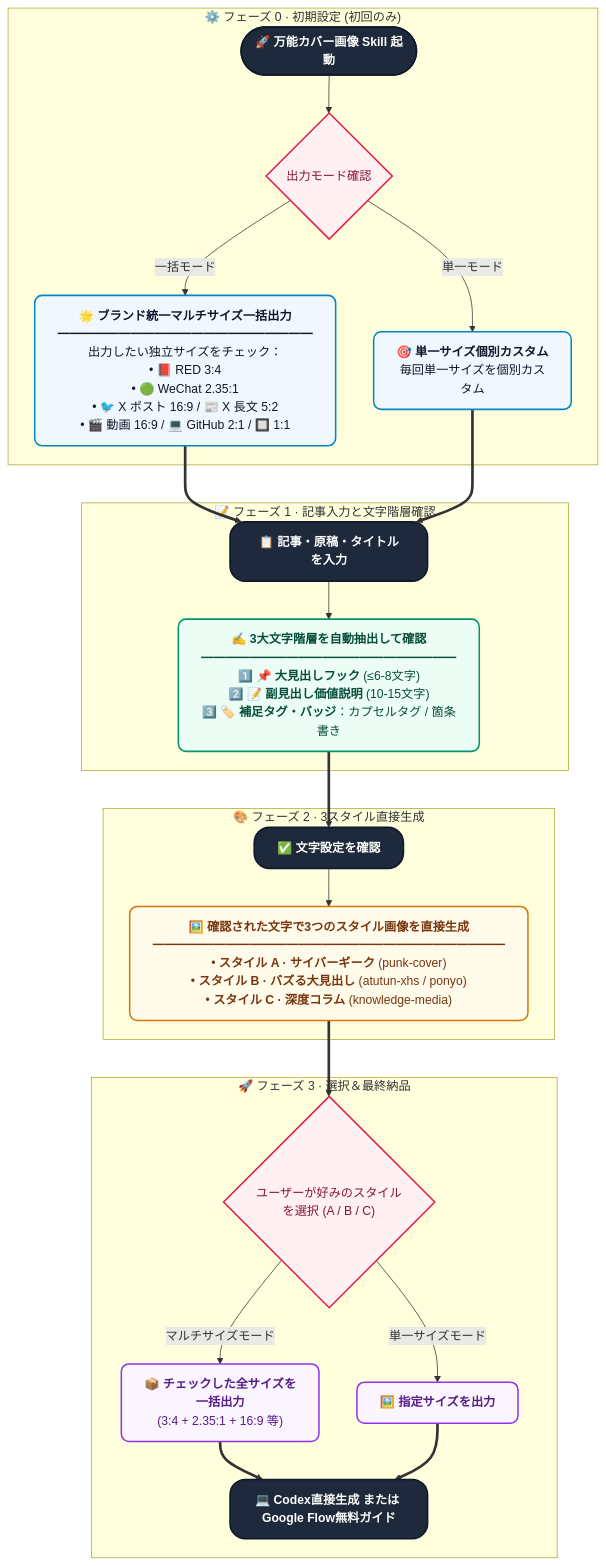
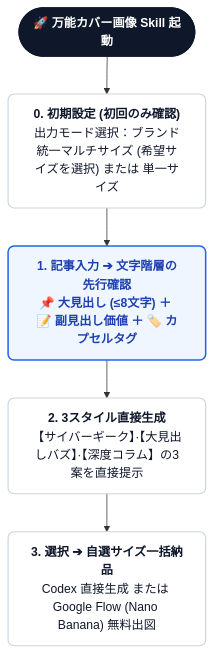
Before and after one commit to kaomei/cover-studio: the first of 2 diagrams in README.ja.md, drawn with Mermaid. The commit also changed other lines of this file and 7 other files, not shown here.

Commit message:
refactor(docs): streamline interaction workflow diagram into a clean, minimalist 4-step linear pipeline with zero visual noise

````diff
--- a/README.ja.md
+++ b/README.ja.md
@@ -39,48 +39,13 @@
 ```mermaid
 flowchart TD
-    classDef setupBox fill:#f0f7ff,stroke:#0284c7,stroke-width:2px,color:#0f172a,rx:10px,ry:10px;
-    classDef textBox fill:#ecfdf5,stroke:#059669,stroke-width:2px,color:#064e3b,rx:10px,ry:10px;
-    classDef genBox fill:#fffbeb,stroke:#d97706,stroke-width:2px,color:#78350f,rx:10px,ry:10px;
-    classDef deliverBox fill:#faf5ff,stroke:#9333ea,stroke-width:2px,color:#581c87,rx:10px,ry:10px;
-    classDef decision fill:#fff1f2,stroke:#e11d48,stroke-width:2px,color:#881337,rx:6px,ry:6px;
-    classDef action fill:#1e293b,stroke:#0f172a,stroke-width:2px,color:#ffffff,font-weight:bold,rx:20px,ry:20px;
+    classDef default fill:#ffffff,stroke:#e2e8f0,stroke-width:1.5px,color:#1e293b,rx:8px,ry:8px;
+    classDef startNode fill:#0f172a,stroke:#0f172a,stroke-width:2px,color:#ffffff,font-weight:bold,rx:20px,ry:20px;
+    classDef stepNode fill:#ffffff,stroke:#cbd5e1,stroke-width:1.5px,color:#0f172a,rx:8px,ry:8px;
+    classDef highlightNode fill:#eff6ff,stroke:#2563eb,stroke-width:2px,color:#1e40af,font-weight:bold,rx:8px,ry:8px;
 
-    subgraph S0 ["⚙️ フェーズ 0 · 初期設定 (初回のみ)"]
-        A0(["🚀 万能カバー画像 Skill 起動"]):::action
-        A1{"出力モード確認"}:::decision
-        A2["🌟 <b>ブランド統一マルチサイズ一括出力</b><br/>━━━━━━━━━━━━━━━━━━━━━<br/>出力したい独立サイズをチェック：<br/>• 📕 RED 3:4<br/>• 🟢 WeChat 2.35:1<br/>• 🐦 X ポスト 16:9 / 📰 X 長文 5:2<br/>• 🎬 動画 16:9 / 💻 GitHub 2:1 / 🔲 1:1"]:::setupBox
-        A3["🎯 <b>単一サイズ個別カスタム</b><br/>毎回単一サイズを個別カスタム"]:::setupBox
-        A0 --> A1
-        A1 -->|"一括モード"| A2
-        A1 -->|"単一モード"| A3
-    end
-
-    subgraph S1 ["📝 フェーズ 1 · 記事入力と文字階層確認"]
-        B0["📋 記事・原稿・タイトルを入力"]:::action
-        B1["✍️ <b>3大文字階層を自動抽出して確認</b><br/>━━━━━━━━━━━━━━━━━━━━━<br/>1️⃣ 📌 <b>大見出しフック</b> (≤6-8文字)<br/>2️⃣ 📝 <b>副見出し価値説明</b> (10-15文字)<br/>3️⃣ 🏷️ <b>補足タグ・バッジ</b>：カプセルタグ / 箇条書き"]:::textBox
-        B0 --> B1
-    end
-
-    subgraph S2 ["🎨 フェーズ 2 · 3スタイル直接生成"]
-        C0["✅ 文字設定を確認"]:::action
-        C1["🖼️ <b>確認された文字で3つのスタイル画像を直接生成</b><br/>━━━━━━━━━━━━━━━━━━━━━━━━━━━━━<br/>• <b>スタイル A · サイバーギーク</b> (punk-cover)<br/>• <b>スタイル B · バズる大見出し</b> (atutun-xhs / ponyo)<br/>• <b>スタイル C · 深度コラム</b> (knowledge-media)"]:::genBox
-        C0 --> C1
-    end
-
-    subgraph S3 ["🚀 フェーズ 3 · 選択＆最終納品"]
-        D0{"ユーザーが好みのスタイルを選択 (A / B / C)"}:::decision
-        D1["📦 <b>チェックした全サイズを一括出力</b><br/>(3:4 + 2.35:1 + 16:9 等)"]:::deliverBox
-        D2["🖼️ <b>指定サイズを出力</b>"]:::deliverBox
-        D3["💻 <b>Codex直接生成 または Google Flow無料ガイド</b>"]:::action
-
-        D0 -->|"マルチサイズモード"| D1
-        D0 -->|"単一サイズモード"| D2
-        D1 ==> D3
-        D2 ==> D3
-    end
-
-    A2 ==> B0
-    A3 ==> B0
-    B1 ==> C0
-    C1 ==> D0
+    A0(["🚀 万能カバー画像 Skill 起動"]):::startNode
+    --> A1["<b>0. 初期設定 (初回のみ確認)</b><br/>出力モード選択：ブランド統一マルチサイズ (希望サイズを選択) または 単一サイズ"]:::stepNode
+    --> A2["<b>1. 記事入力 ➔ 文字階層の先行確認</b><br/>📌 大見出し (≤8文字) ＋ 📝 副見出し価値 ＋ 🏷️ カプセルタグ"]:::highlightNode
+    --> A3["<b>2. 3スタイル直接生成</b><br/>【サイバーギーク】·【大見出しバズ】·【深度コラム】の3案を直接提示"]:::stepNode
+    --> A4["<b>3. 選択 ➔ 自選サイズ一括納品</b><br/>Codex 直接生成 または Google Flow (Nano Banana) 無料出図"]:::stepNode
 ```
````
